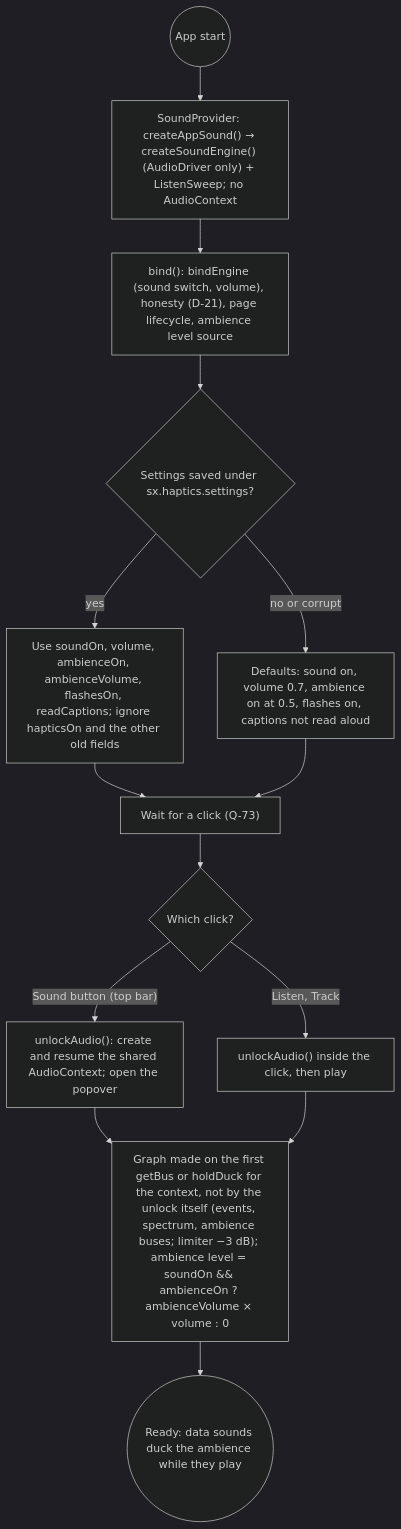
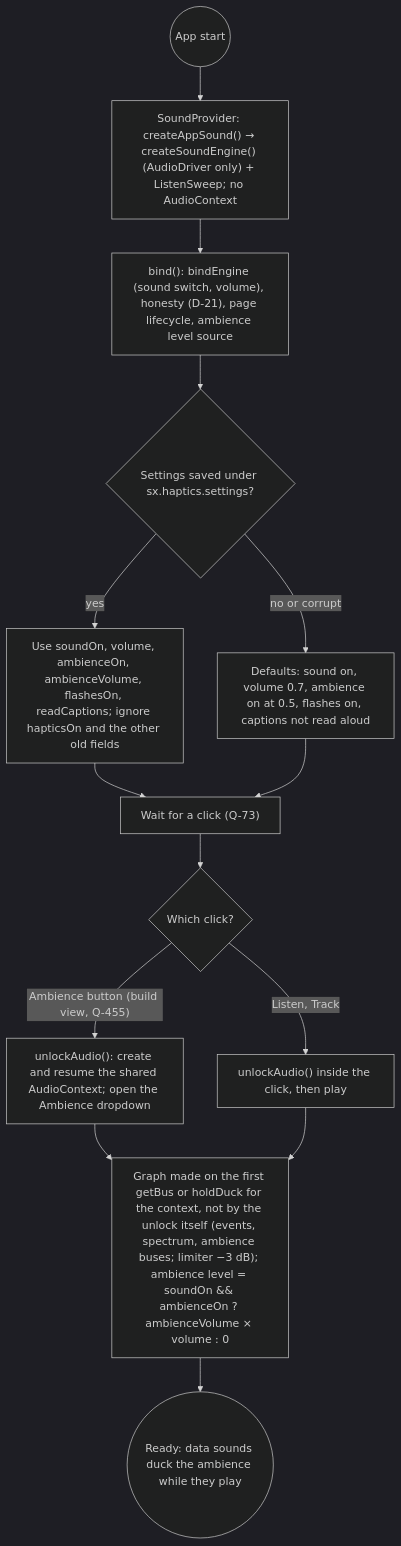
One commit to 0ffrian/SphereX changed the diagram in docs/uml/19-activity-haptic-driver-select.md. Above: the diagram before and after it, drawn with Mermaid (dark theme). The commit also changed 15 other files, not shown here.

First line of the commit message:
Sound settings move from the sky's top bar into the build view's Ambience dropdown (Q-455)

````diff
--- a/docs/uml/19-activity-haptic-driver-select.md
+++ b/docs/uml/19-activity-haptic-driver-select.md
@@ -7,16 +7,16 @@
 ```mermaid
 flowchart TD
   Start(("App start")) --> Provider["SoundProvider: createAppSound() → createSoundEngine() (AudioDriver only) + ListenSweep; no AudioContext"]
   Provider --> Bind["bind(): bindEngine (sound switch, volume), honesty (D-21), page lifecycle, ambience level source"]
   Bind --> Load{"Settings saved under sx.haptics.settings?"}
   Load -->|yes| Saved["Use soundOn, volume, ambienceOn, ambienceVolume, flashesOn, readCaptions; ignore hapticsOn and the other old fields"]
   Load -->|"no or corrupt"| Defaults["Defaults: sound on, volume 0.7, ambience on at 0.5, flashes on, captions not read aloud"]
   Saved --> Wait
   Defaults --> Wait
   Wait["Wait for a click (Q-73)"] --> Click{"Which click?"}
-  Click -->|"Sound button (top bar)"| Unlock["unlockAudio(): create and resume the shared AudioContext; open the popover"]
+  Click -->|"Ambience button (build view, Q-455)"| Unlock["unlockAudio(): create and resume the shared AudioContext; open the Ambience dropdown"]
   Click -->|"Listen, Track"| Unlock2["unlockAudio() inside the click, then play"]
   Unlock --> Graph["Graph made on the first getBus or holdDuck for the context, not by the unlock itself (events, spectrum, ambience buses; limiter −3 dB); ambience level = soundOn && ambienceOn ? ambienceVolume × volume : 0"]
   Unlock2 --> Graph
   Graph --> Ready(("Ready: data sounds duck the ambience while they play"))
 ```
````
